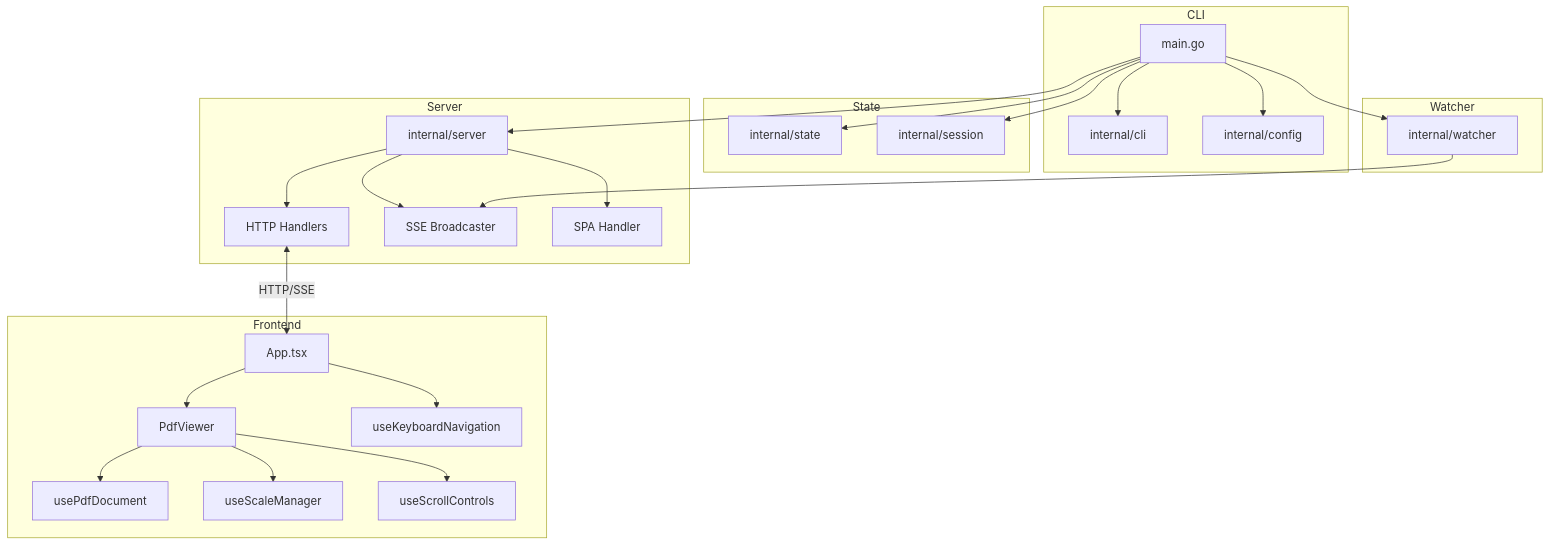
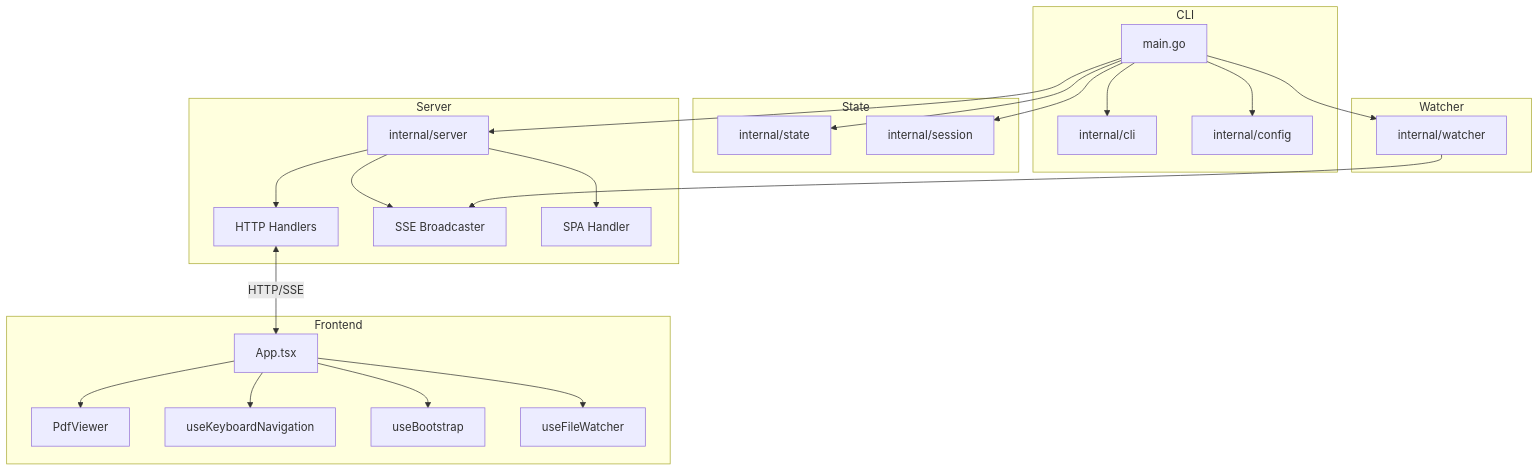
Before and after one commit to kyaoi/zview: the first of 2 diagrams in docs/ARCHITECTURE.md, drawn with Mermaid. The commit also changed other lines of this file and 13 other files, not shown here.

````diff
--- a/docs/ARCHITECTURE.md
+++ b/docs/ARCHITECTURE.md
@@ -7,34 +7,33 @@
 ```mermaid
 graph TB
     subgraph CLI
         A[main.go] --> B[internal/cli]
         A --> C[internal/config]
     end
     
     subgraph Server
         A --> D[internal/server]
         D --> E[HTTP Handlers]
         D --> F[SSE Broadcaster]
         D --> G[SPA Handler]
     end
     
     subgraph State
         A --> H[internal/state]
         A --> I[internal/session]
     end
     
     subgraph Watcher
         A --> J[internal/watcher]
         J --> F
     end
     
     subgraph Frontend
         K[App.tsx] --> L[PdfViewer]
         K --> M[useKeyboardNavigation]
-        L --> N[usePdfDocument]
-        L --> O[useScaleManager]
-        L --> P[useScrollControls]
+        K --> N[useBootstrap]
+        K --> O[useFileWatcher]
     end
     
     E <-->|HTTP/SSE| K
 ```
````
